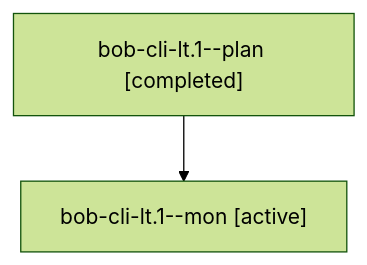
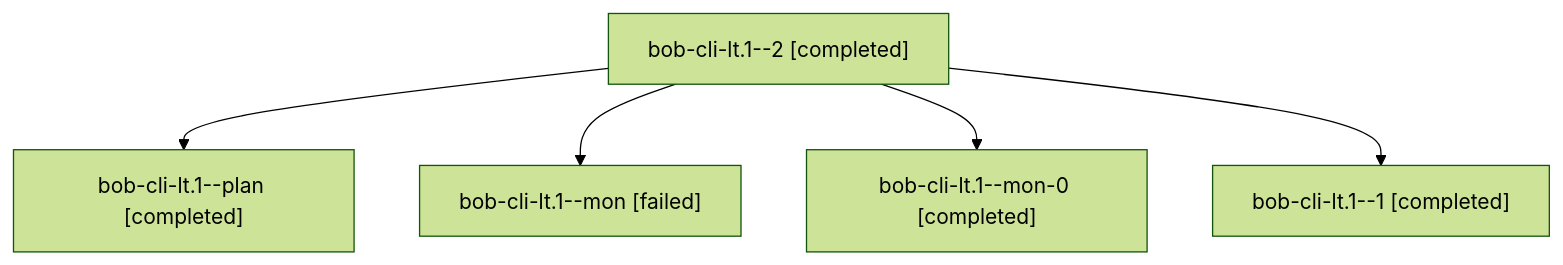
One commit to bobs-org/bob-cli--agents changed the diagram in sessions/bbugyi200.athena.bob-cli-lt.1.md. Above: the diagram before and after it, drawn with Mermaid (forest theme). The commit also changed other lines of this file and 49 other files, not shown here.

````diff
--- a/sessions/bbugyi200.athena.bob-cli-lt.1.md
+++ b/sessions/bbugyi200.athena.bob-cli-lt.1.md
@@ -9,6 +9,12 @@
 ```mermaid
 flowchart TD
-  n0["bob-cli-lt.1--plan [completed]"]
-  n1["bob-cli-lt.1--mon [active]"]
+  n0["bob-cli-lt.1--2 [completed]"]
+  n1["bob-cli-lt.1--plan [completed]"]
   n0 --> n1
+  n2["bob-cli-lt.1--mon [failed]"]
+  n0 --> n2
+  n3["bob-cli-lt.1--mon-0 [completed]"]
+  n0 --> n3
+  n4["bob-cli-lt.1--1 [completed]"]
+  n0 --> n4
 ```
````
